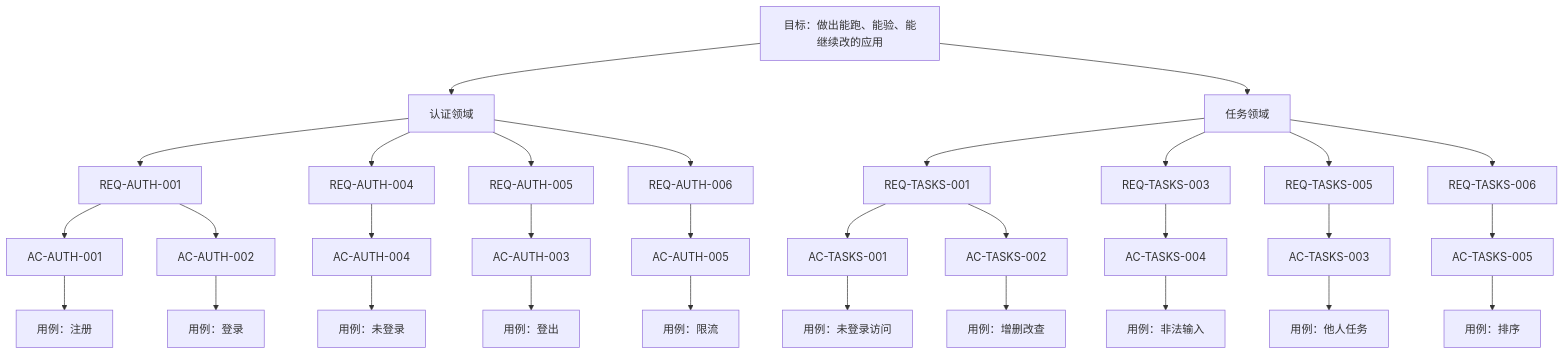
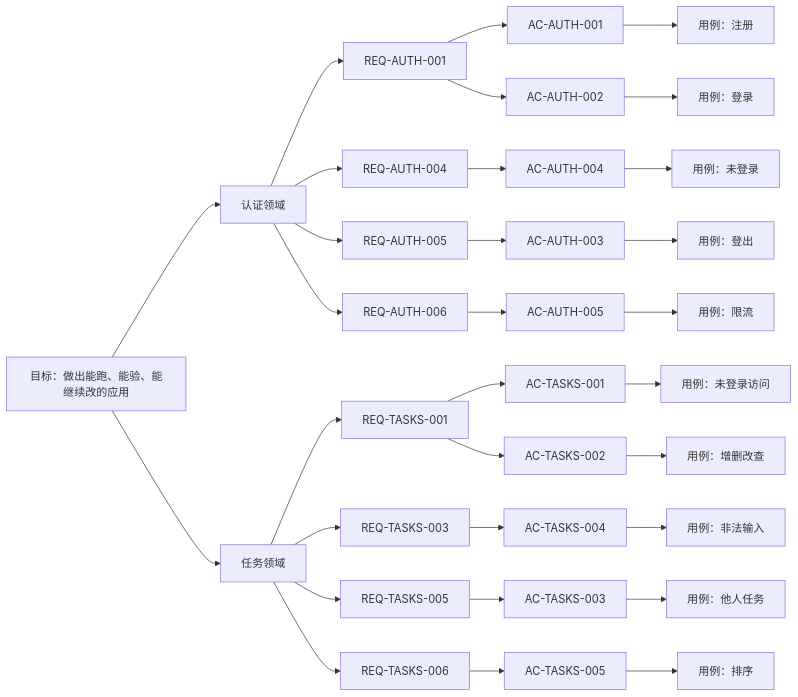
The diagram in docs/GOAL.md (morewhyhan/Ignite), drawn with Mermaid before and after one commit. The commit also changed 1 other file, not shown here.

Commit message:
docs: turn the pyramid sideways

````diff
--- a/docs/GOAL.md
+++ b/docs/GOAL.md
@@ -60,34 +60,34 @@
 ```mermaid
-flowchart TD
+flowchart LR
   G["目标：做出能跑、能验、能继续改的应用"]
   G --> D1["认证领域"]
   G --> D2["任务领域"]
   D1 --> R1["REQ-AUTH-001"]
   D1 --> R4["REQ-AUTH-004"]
   D1 --> R5["REQ-AUTH-005"]
   D1 --> R6["REQ-AUTH-006"]
   D2 --> T1["REQ-TASKS-001"]
   D2 --> T3["REQ-TASKS-003"]
   D2 --> T5["REQ-TASKS-005"]
   D2 --> T6["REQ-TASKS-006"]
   R1 --> A1["AC-AUTH-001"]
   R1 --> A2["AC-AUTH-002"]
   R4 --> A4["AC-AUTH-004"]
   R5 --> A3["AC-AUTH-003"]
   R6 --> A5["AC-AUTH-005"]
   T1 --> AT1["AC-TASKS-001"]
   T1 --> AT2["AC-TASKS-002"]
   T3 --> AT4["AC-TASKS-004"]
   T5 --> AT3["AC-TASKS-003"]
   T6 --> AT5["AC-TASKS-005"]
   A1 --> U1["用例：注册"]
   A2 --> U2["用例：登录"]
   A3 --> U3["用例：登出"]
   A4 --> U4["用例：未登录"]
   A5 --> U5["用例：限流"]
   AT1 --> V1["用例：未登录访问"]
   AT2 --> V2["用例：增删改查"]
   AT3 --> V3["用例：他人任务"]
   AT4 --> V4["用例：非法输入"]
   AT5 --> V5["用例：排序"]
 ```
````
